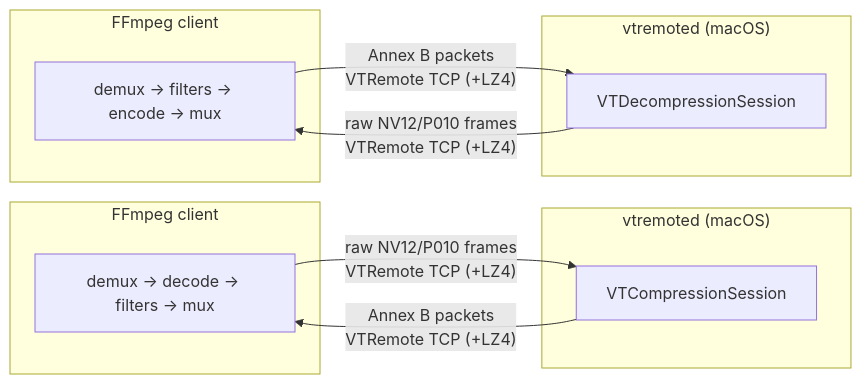
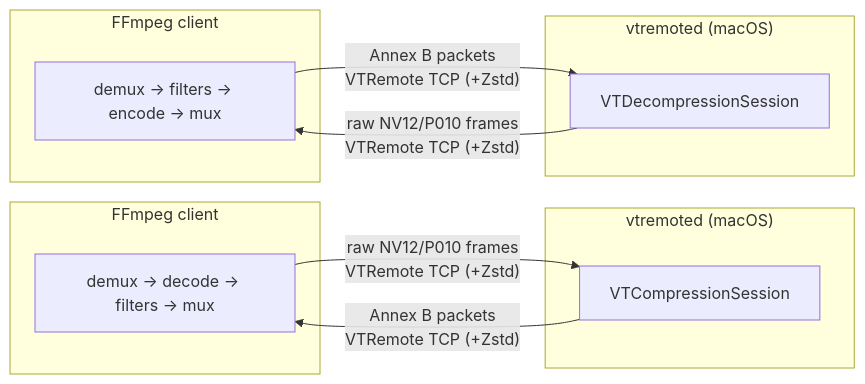
The diagram in README.md (davelindo/videotoolbox_remote), drawn with Mermaid before and after one commit. The commit also changed other lines of this file and 55 other files, not shown here.

````diff
--- a/README.md
+++ b/README.md
@@ -43,22 +43,22 @@
 ```mermaid
 flowchart LR
   %% Encode path (remote encode only)
   subgraph C1["FFmpeg client"]
     C1a["demux -> decode -> filters -> mux"]
   end
   subgraph S1["vtremoted (macOS)"]
     S1a["VTCompressionSession"]
   end
-  C1a -- "raw NV12/P010 frames<br/>VTRemote TCP (+LZ4)" --> S1a
-  S1a -- "Annex B packets<br/>VTRemote TCP (+LZ4)" --> C1a
+  C1a -- "raw NV12/P010 frames<br/>VTRemote TCP (+Zstd)" --> S1a
+  S1a -- "Annex B packets<br/>VTRemote TCP (+Zstd)" --> C1a
 
   %% Decode path (remote decode only)
   subgraph C2["FFmpeg client"]
     C2a["demux -> filters -> encode -> mux"]
   end
   subgraph S2["vtremoted (macOS)"]
     S2a["VTDecompressionSession"]
   end
-  C2a -- "Annex B packets<br/>VTRemote TCP (+LZ4)" --> S2a
-  S2a -- "raw NV12/P010 frames<br/>VTRemote TCP (+LZ4)" --> C2a
+  C2a -- "Annex B packets<br/>VTRemote TCP (+Zstd)" --> S2a
+  S2a -- "raw NV12/P010 frames<br/>VTRemote TCP (+Zstd)" --> C2a
 ```
````
